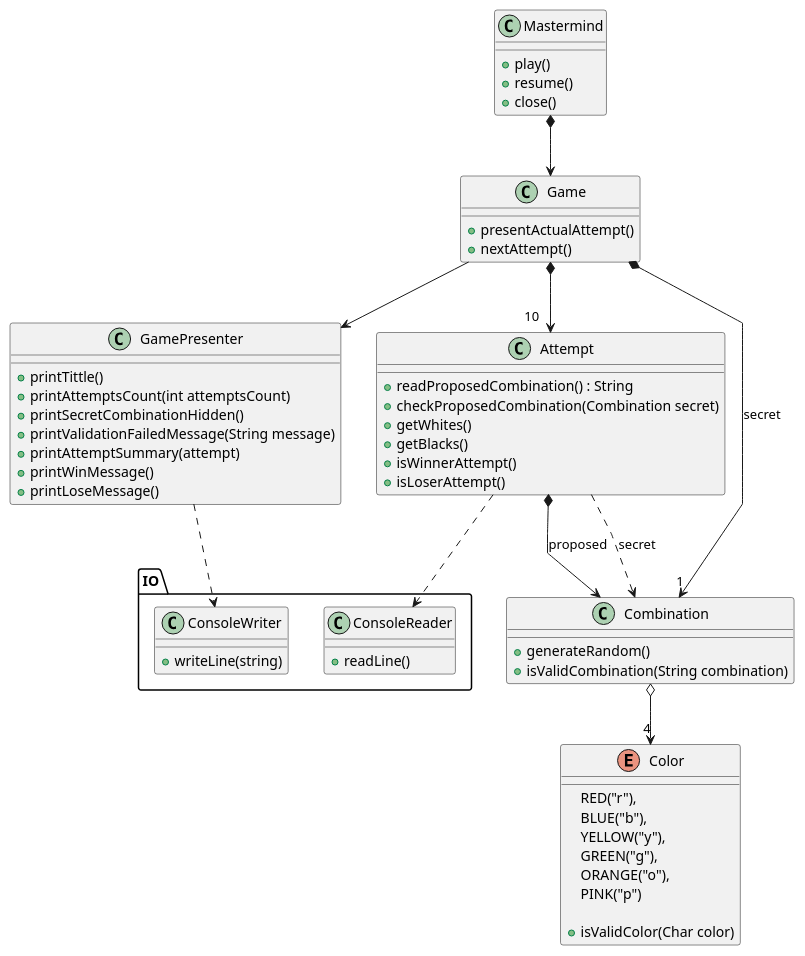
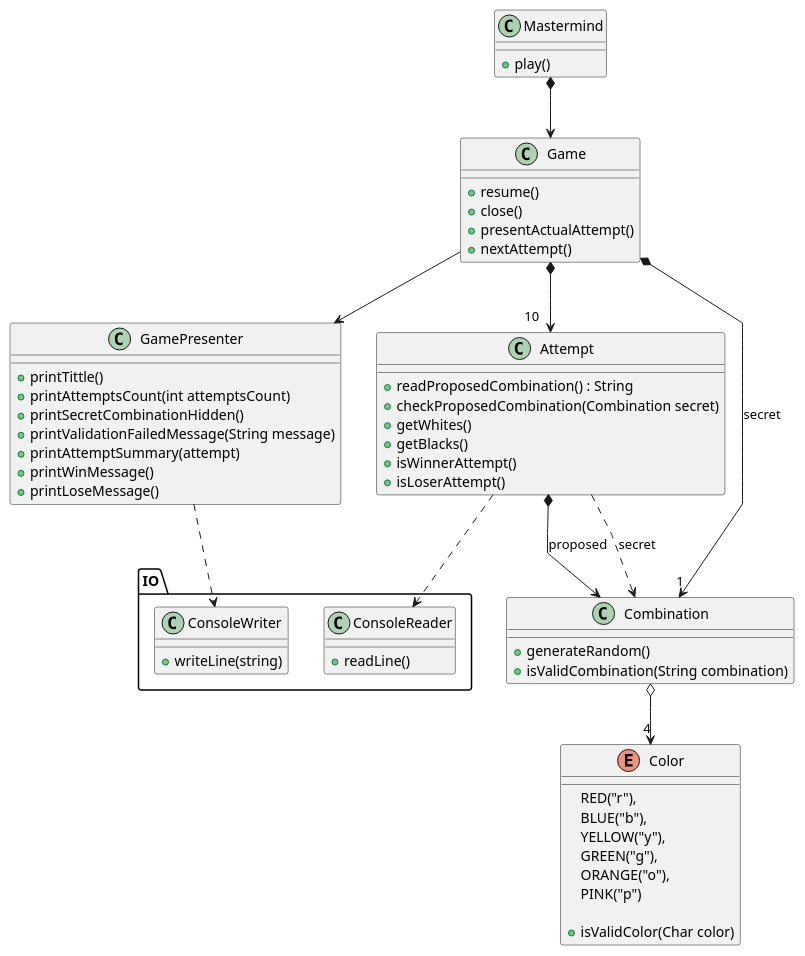
One commit to Master-Desarrollo-20-21/ejercicio-2-vista-publica-clases-mastermind-Ruskab changed the diagram in mastermind.puml. Above: the diagram before and after it, drawn with PlantUML. The commit also changed other lines of this file, not shown here.

```diff
--- a/mastermind.puml
+++ b/mastermind.puml
@@ -1,70 +1,70 @@
 @startuml
 skinparam linetype polyline
 
 Class Mastermind {
     + play()
-    + resume()
-    + close()
 }
 
 Class Game {
+    + resume()
+    + close()
     + presentActualAttempt()
     + nextAttempt()
 }
 
 Class GamePresenter {
     + printTittle()
     + printAttemptsCount(int attemptsCount)
     + printSecretCombinationHidden()
     + printValidationFailedMessage(String message)
     + printAttemptSummary(attempt)
     + printWinMessage()
     + printLoseMessage()
 }
 
 Class Attempt {
     + readProposedCombination() : String
     + checkProposedCombination(Combination secret)
     + getWhites()
     + getBlacks()
     + isWinnerAttempt()
     + isLoserAttempt()
 }
 
 Enum Color {
     RED("r"),
     BLUE("b"),
     YELLOW("y"),
     GREEN("g"),
     ORANGE("o"),
     PINK("p")
 
 + isValidColor(Char color)
 }
 
 Class Combination {
     + generateRandom()
     + isValidCombination(String combination)
 }
 
 
 Mastermind *--> Game
 Game --> GamePresenter
 Game *--> "1" Combination : secret
 Game *--> "10   " Attempt
 GamePresenter ..> IO.ConsoleWriter
 Attempt *--> Combination : proposed
 Combination o--> "4" Color
 Attempt ..> IO.ConsoleReader
 Attempt ..> Combination : secret
 
 namespace IO {
     Class ConsoleReader {
         + readLine()
     }
     Class ConsoleWriter {
         + writeLine(string)
     }
 
 }
 @enduml
```
